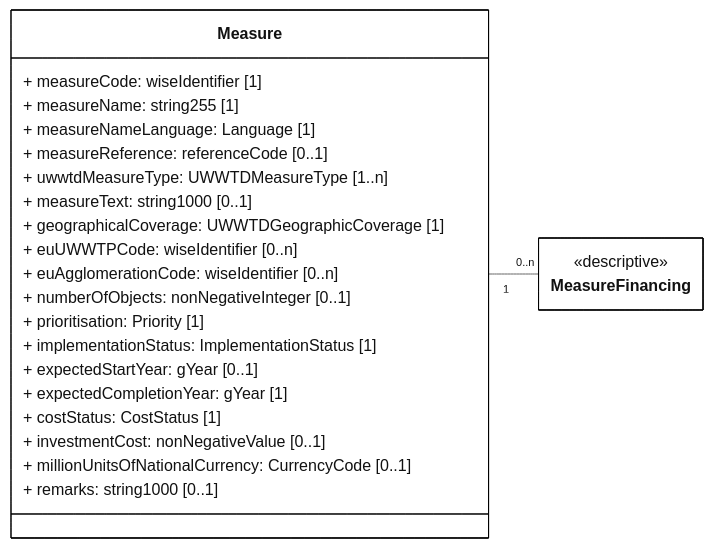
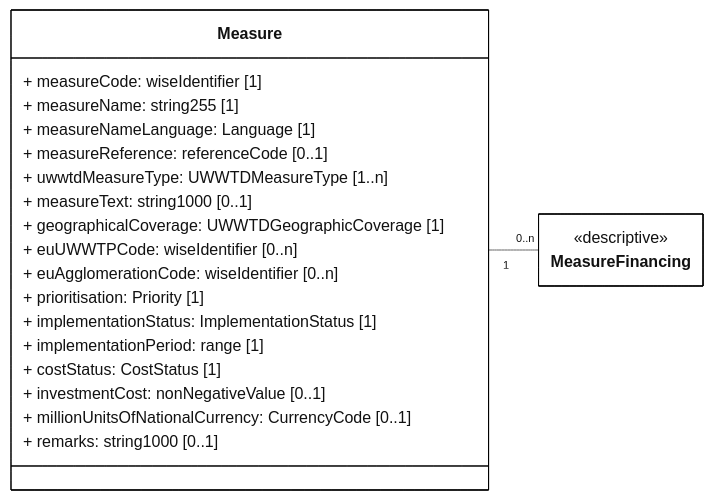
Before and after one commit to eeadata/WISE.UWWTD.Documentation: the diagram in docs/rUWWTD2024/Article23/mmd/Article23_Measure_ClassDiagram.mmd, drawn with Mermaid. The commit also changed 10 other files, not shown here.

First line of the commit message:
Drop unlisted measures and report the implementation period as a range

```diff
--- a/docs/rUWWTD2024/Article23/mmd/Article23_Measure_ClassDiagram.mmd
+++ b/docs/rUWWTD2024/Article23/mmd/Article23_Measure_ClassDiagram.mmd
@@ -1,38 +1,36 @@
 ---
 config:
   class:
     hideEmptyMembersBox: true
   layout: dagre
   theme: neutral
 ---
 classDiagram
 direction LR
 
 class Measure{
     + measureCode: wiseIdentifier [1]
     + measureName: string255 [1]
     + measureNameLanguage: Language [1]
     + measureReference: referenceCode [0..1]
     + uwwtdMeasureType: UWWTDMeasureType [1..n]
     + measureText: string1000 [0..1]
     + geographicalCoverage: UWWTDGeographicCoverage [1]
     + euUWWTPCode: wiseIdentifier [0..n]
     + euAgglomerationCode: wiseIdentifier [0..n]
-    + numberOfObjects: nonNegativeInteger [0..1]
     + prioritisation: Priority [1]
 
     + implementationStatus: ImplementationStatus [1]
-    + expectedStartYear: gYear [0..1]
-    + expectedCompletionYear: gYear [1]
+    + implementationPeriod: range [1]
 
     + costStatus: CostStatus [1]
     + investmentCost: nonNegativeValue [0..1]
     + millionUnitsOfNationalCurrency: CurrencyCode [0..1]
     + remarks: string1000 [0..1]
 }
 class MeasureFinancing{<<descriptive>>}
 
 Measure "1" -- "0..n" MeasureFinancing
 
 classDef default fill:white,stroke:#000;
 classDef forFixing fill:white,stroke:#f00;
```
